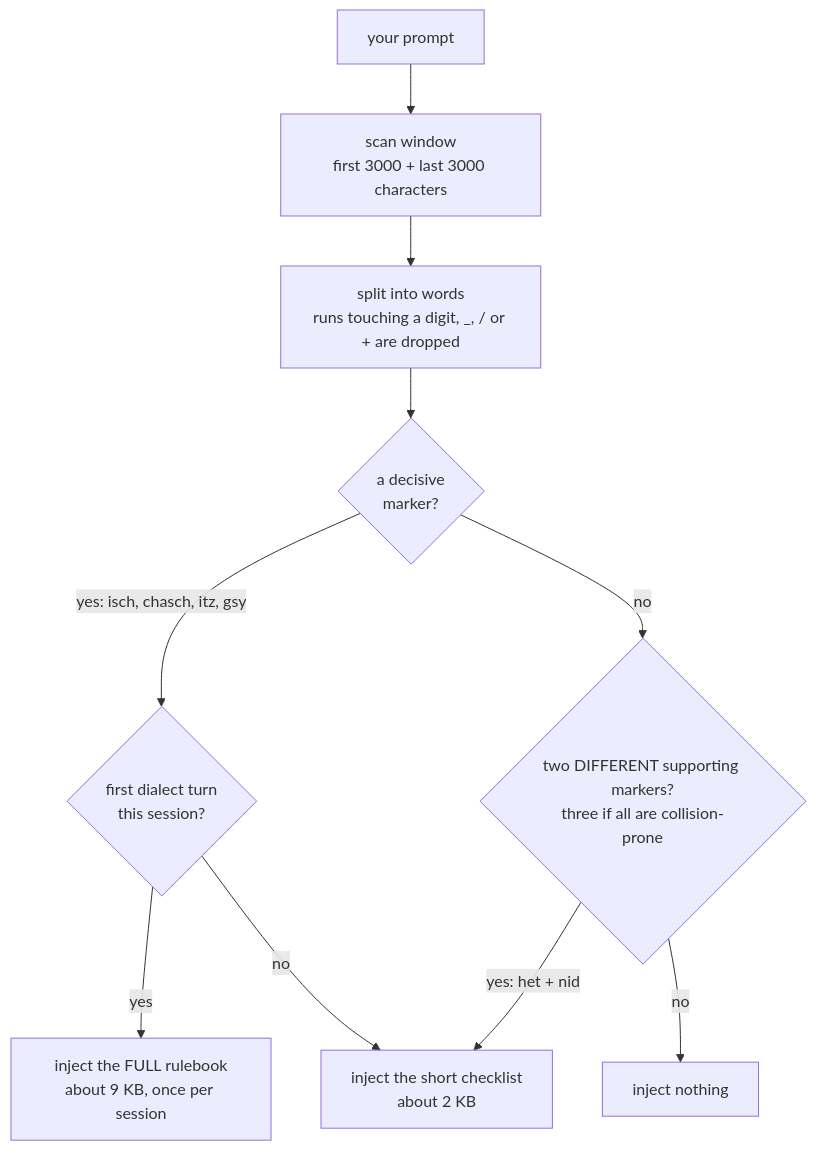
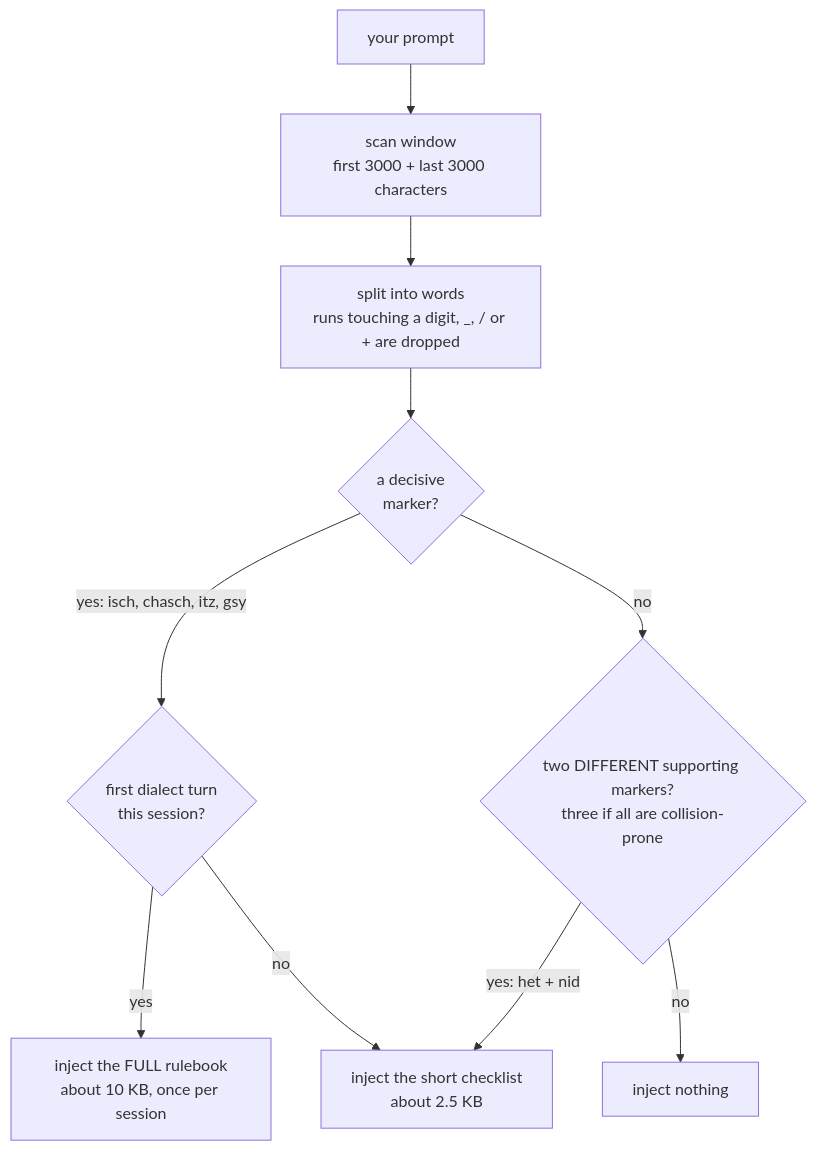
The third of 3 diagrams in README.md (sapn95/berndeutsch-for-ai), drawn with Mermaid before and after one commit. The commit also changed other lines of this file and 5 other files, not shown here.

````diff
--- a/README.md
+++ b/README.md
@@ -293,12 +293,12 @@
 ```mermaid
 flowchart TD
     P["your prompt"] --> W["scan window<br/>first 3000 + last 3000 characters"]
     W --> T["split into words<br/>runs touching a digit, _, / or + are dropped"]
     T --> D{"a decisive<br/>marker?"}
     D -->|"yes: isch, chasch, itz, gsy"| B{"first dialect turn<br/>this session?"}
-    B -->|yes| FULL["inject the FULL rulebook<br/>about 9 KB, once per session"]
-    B -->|no| CL["inject the short checklist<br/>about 2 KB"]
+    B -->|yes| FULL["inject the FULL rulebook<br/>about 10 KB, once per session"]
+    B -->|no| CL["inject the short checklist<br/>about 2.5 KB"]
     D -->|no| S{"two DIFFERENT supporting markers?<br/>three if all are collision-prone"}
     S -->|"yes: het + nid"| CL
     S -->|no| N["inject nothing"]
 ```
````
